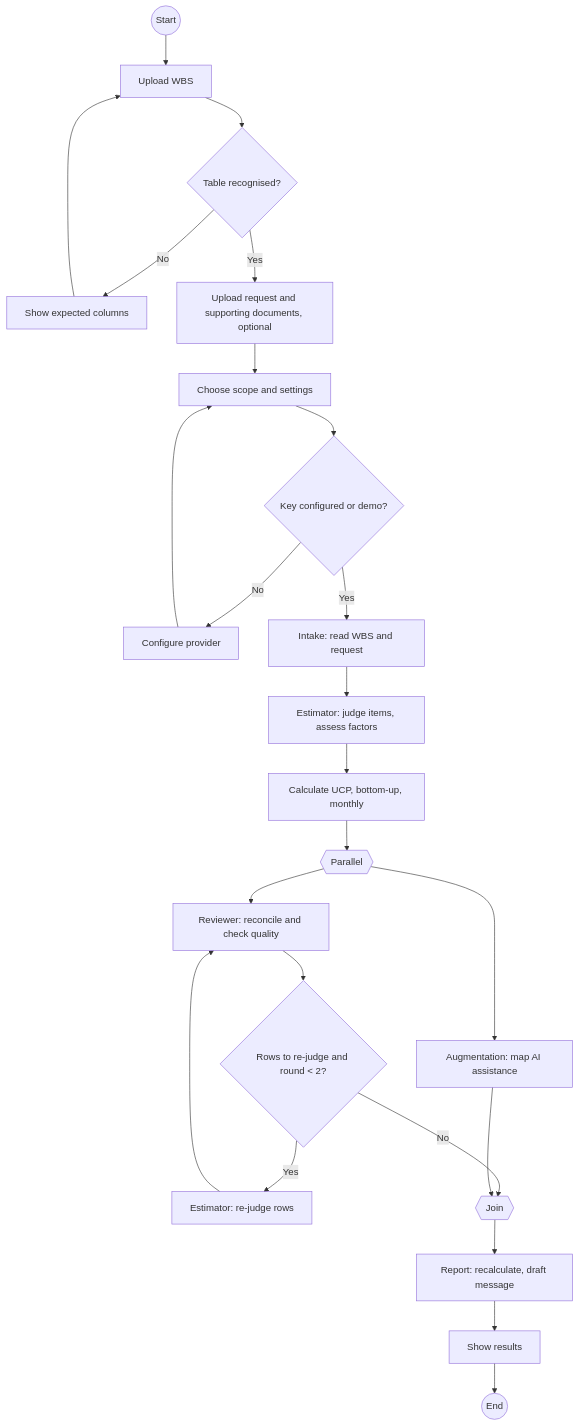
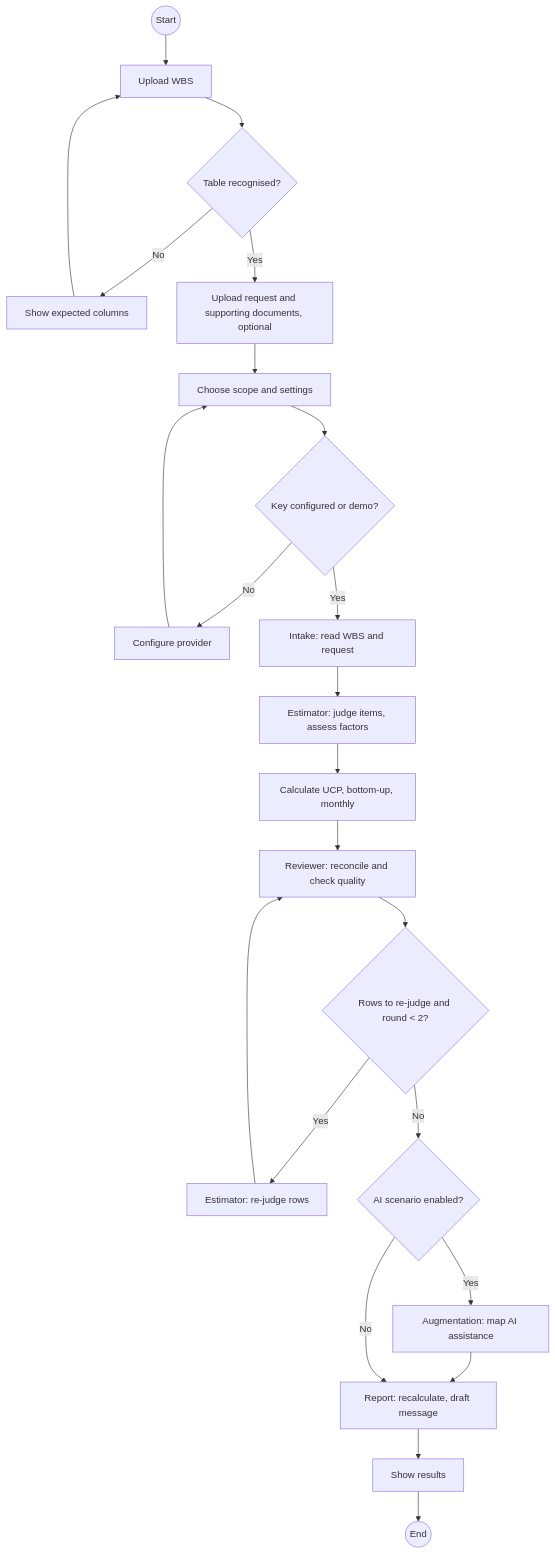
The first of 2 diagrams in docs/02-analysis/activity-diagrams.md (adryanra97/talent-estimation-agent), drawn with Mermaid before and after one commit. The commit also changed 5 other files, not shown here.

````diff
--- a/docs/02-analysis/activity-diagrams.md
+++ b/docs/02-analysis/activity-diagrams.md
@@ -5,23 +5,21 @@
 ```mermaid
 flowchart TD
     start((Start)) --> up[Upload WBS]
     up --> ok{Table recognised?}
     ok -- No --> fix[Show expected columns] --> up
     ok -- Yes --> docs[Upload request and supporting documents, optional]
     docs --> set[Choose scope and settings]
     set --> key{Key configured or demo?}
     key -- No --> cfg[Configure provider] --> set
     key -- Yes --> intake[Intake: read WBS and request]
     intake --> est[Estimator: judge items, assess factors]
     est --> calc[Calculate UCP, bottom-up, monthly]
-    calc --> fork{{Parallel}}
-    fork --> rev[Reviewer: reconcile and check quality]
-    fork --> aug[Augmentation: map AI assistance]
+    calc --> rev[Reviewer: reconcile and check quality]
     rev --> again{Rows to re-judge and round < 2?}
     again -- Yes --> rej[Estimator: re-judge rows] --> rev
-    again -- No --> join{{Join}}
-    aug --> join
-    join --> rep[Report: recalculate, draft message]
+    again -- No --> ai{AI scenario enabled?}
+    ai -- Yes --> aug[Augmentation: map AI assistance] --> rep
+    ai -- No --> rep[Report: recalculate, draft message]
     rep --> show[Show results]
     show --> stop((End))
 ```
````
